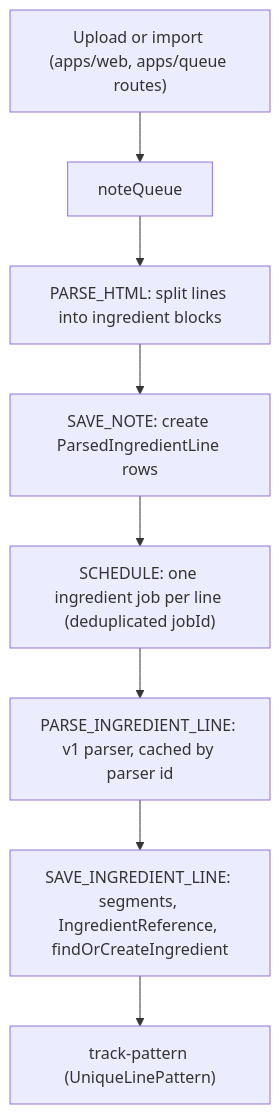
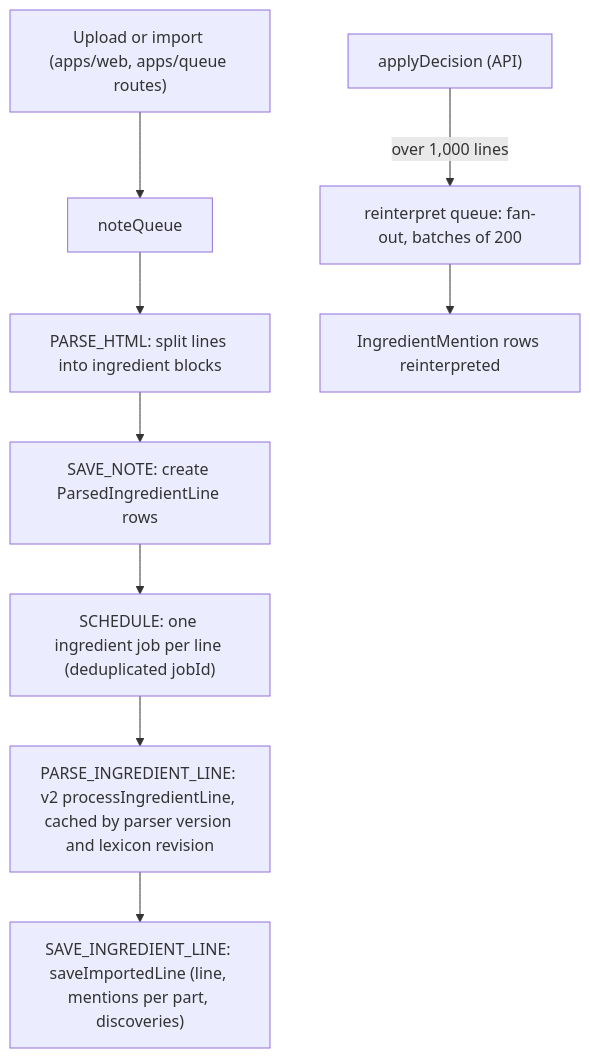
The second of 3 diagrams in docs/architecture/ingredient-ontology-rebuild.md (awehrman/peas), drawn with Mermaid before and after one commit. The commit also changed other lines of this file and 295 other files, not shown here.

````diff
--- a/docs/architecture/ingredient-ontology-rebuild.md
+++ b/docs/architecture/ingredient-ontology-rebuild.md
@@ -155,10 +211,11 @@
 ```mermaid
 flowchart TD
   upload["Upload or import (apps/web, apps/queue routes)"] --> noteQueue[noteQueue]
   noteQueue --> parseHtml["PARSE_HTML: split lines into ingredient blocks"]
   parseHtml --> saveNote["SAVE_NOTE: create ParsedIngredientLine rows"]
   saveNote --> schedule["SCHEDULE: one ingredient job per line (deduplicated jobId)"]
-  schedule --> parse["PARSE_INGREDIENT_LINE: v1 parser, cached by parser id"]
-  parse --> save["SAVE_INGREDIENT_LINE: segments, IngredientReference, findOrCreateIngredient"]
-  save --> patterns["track-pattern (UniqueLinePattern)"]
+  schedule --> parse["PARSE_INGREDIENT_LINE: v2 processIngredientLine, cached by parser version and lexicon revision"]
+  parse --> save["SAVE_INGREDIENT_LINE: saveImportedLine (line, mentions per part, discoveries)"]
+  decision["applyDecision (API)"] -->|"over 1,000 lines"| reinterpretQueue["reinterpret queue: fan-out, batches of 200"]
+  reinterpretQueue --> mentions["IngredientMention rows reinterpreted"]
 ```
````
